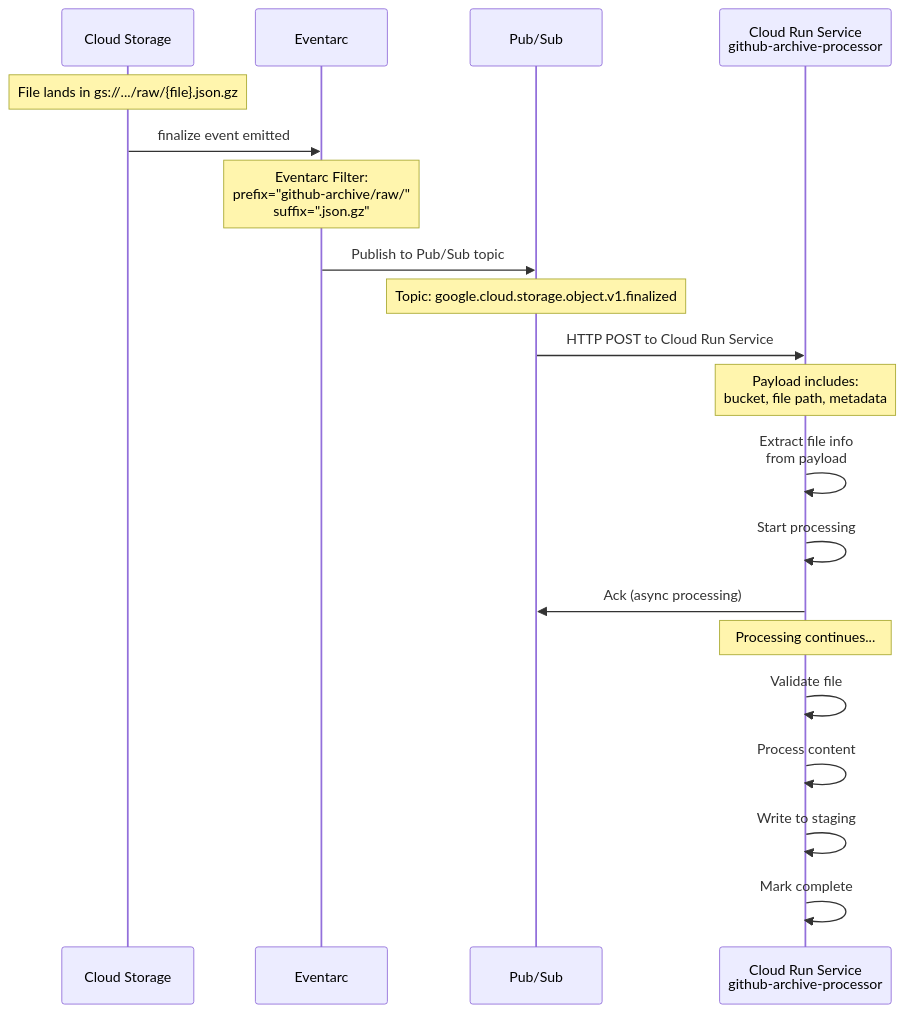
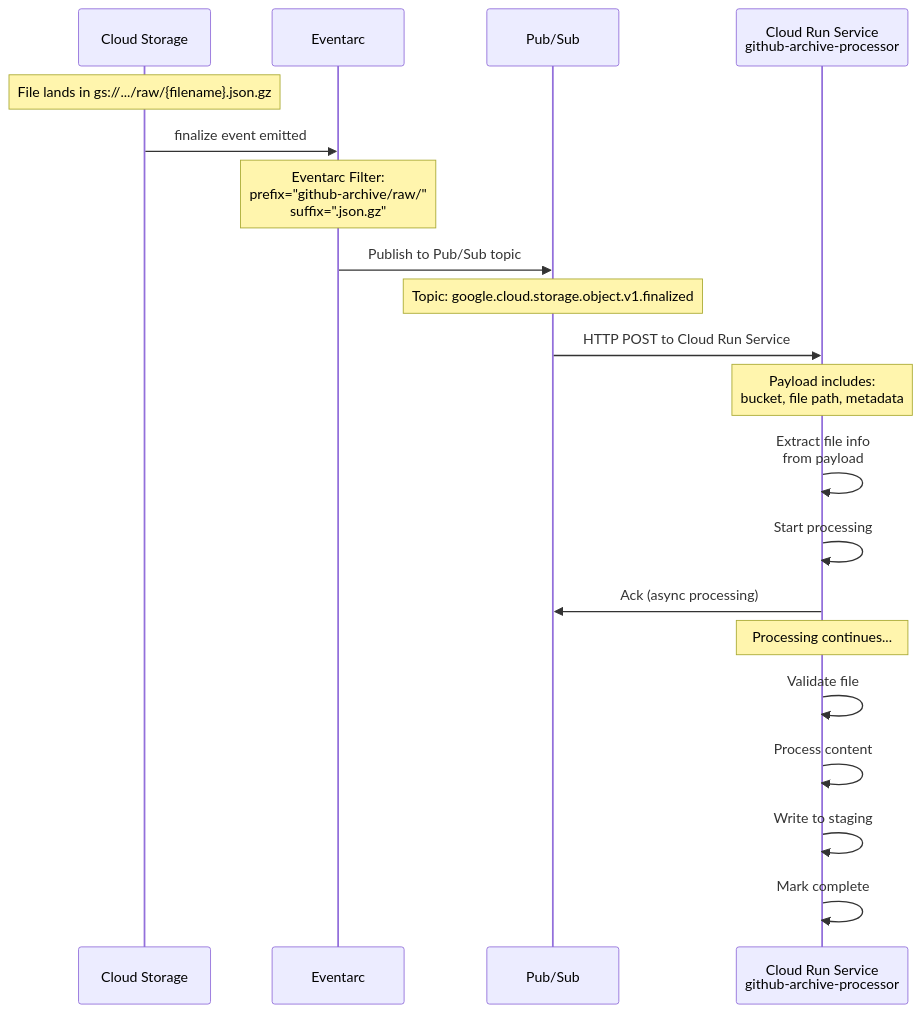
Before and after one commit to prateekpanjla-outlook/gcp_data_proc: the diagram in design/github_archive/phase2_process_files/diagrams/02_eventarc_trigger.md, drawn with Mermaid. The commit also changed 8 other files, not shown here.

First line of the commit message:
fix: correct all Phase 2 Mermaid diagram rendering issues

````diff
--- a/design/github_archive/phase2_process_files/diagrams/02_eventarc_trigger.md
+++ b/design/github_archive/phase2_process_files/diagrams/02_eventarc_trigger.md
@@ -3,30 +3,30 @@
 ```mermaid
 sequenceDiagram
     participant S as Cloud Storage
     participant E as Eventarc
     participant P as Pub/Sub
     participant CR as Cloud Run Service<br>github-archive-processor
 
-    Note over S: File lands in gs://.../raw/{file}.json.gz
+    Note over S: File lands in gs://.../raw/{filename}.json.gz
     S->>E: finalize event emitted
 
     Note over E: Eventarc Filter:<br>prefix="github-archive/raw/"<br>suffix=".json.gz"
 
     E->>P: Publish to Pub/Sub topic
     Note over P: Topic: google.cloud.storage.object.v1.finalized
 
     P->>CR: HTTP POST to Cloud Run Service
     Note over CR: Payload includes:<br>bucket, file path, metadata
 
     CR->>CR: Extract file info<br>from payload
     CR->>CR: Start processing
 
     CR->>P: Ack (async processing)
 
     Note over CR: Processing continues...
 
     CR->>CR: Validate file
     CR->>CR: Process content
     CR->>CR: Write to staging
     CR->>CR: Mark complete
 ```
````
